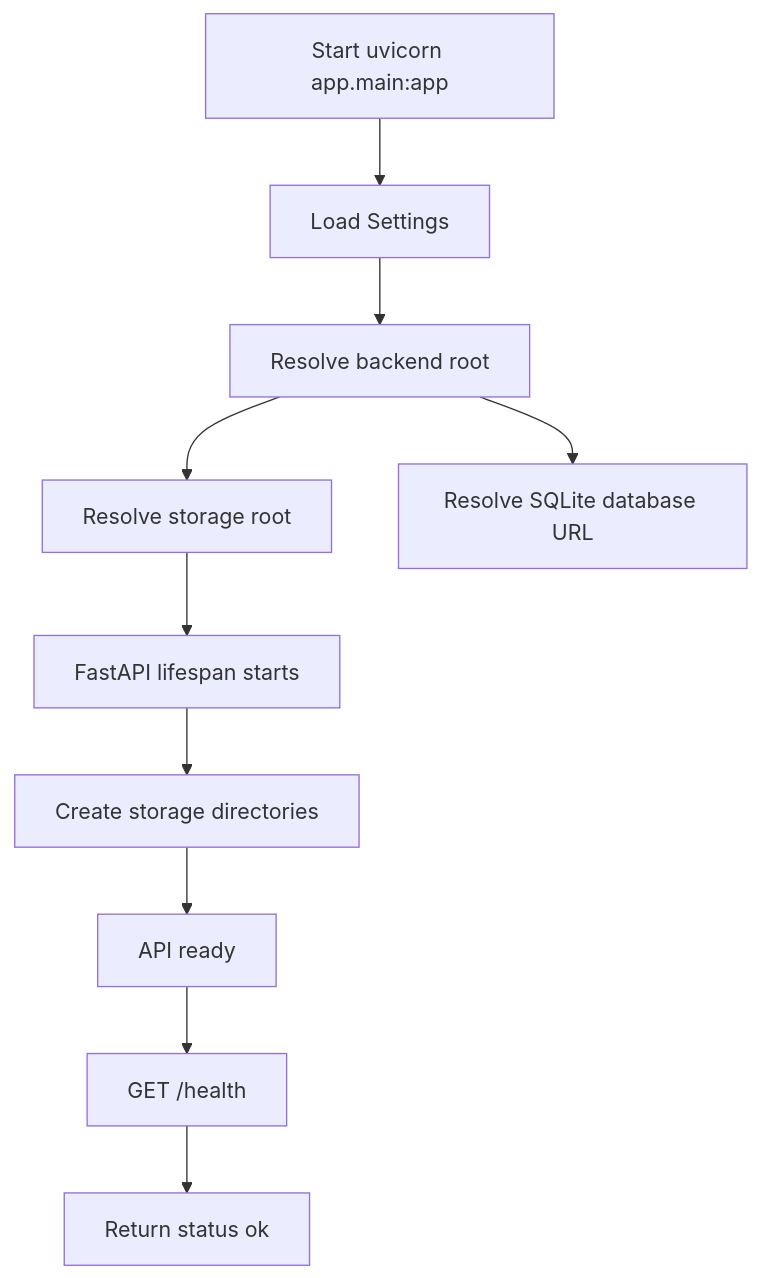
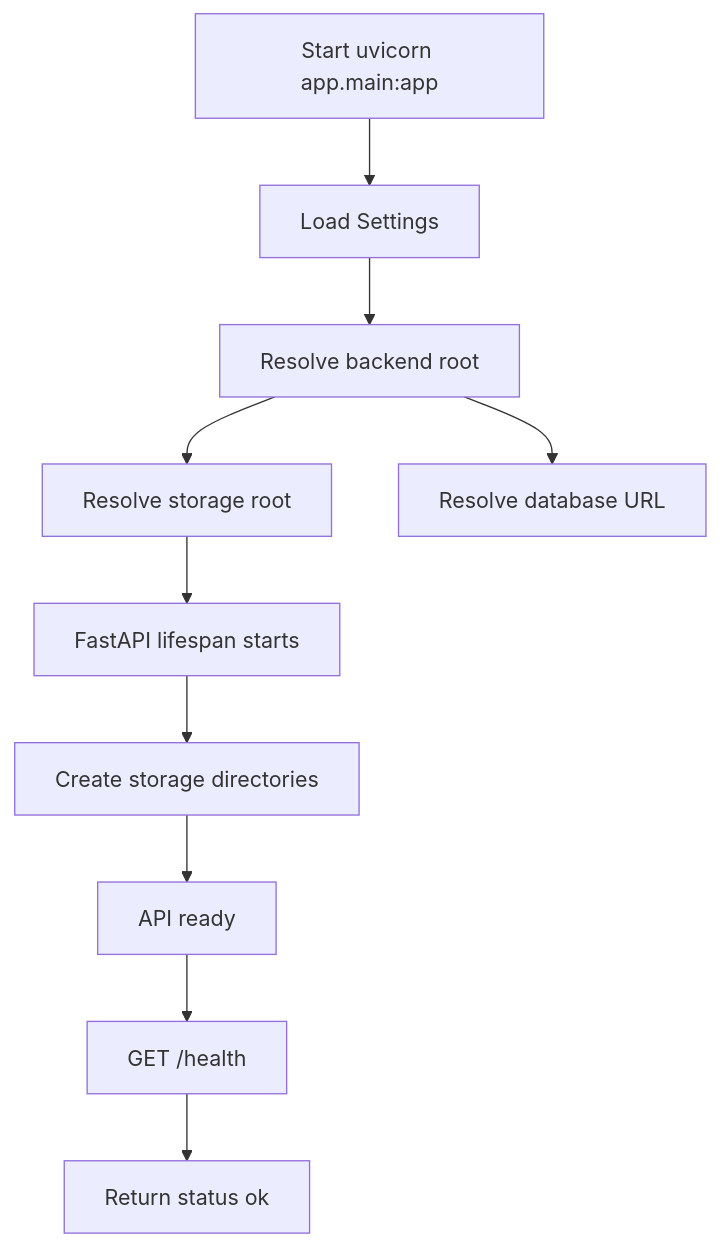
One commit to kiet-ta/ar-ai-exe changed the second of 12 diagrams in docs/implementation-flows.md. Above: the diagram before and after it, drawn with Mermaid. The commit also changed other lines of this file and 16 other files, not shown here.

Commit message:
feat(database): add Neon Postgres flow docs and secure ignores

````diff
--- a/docs/implementation-flows.md
+++ b/docs/implementation-flows.md
@@ -37,12 +37,12 @@
 ```mermaid
 flowchart TD
     A["Start uvicorn app.main:app"] --> B["Load Settings"]
     B --> C["Resolve backend root"]
     C --> D["Resolve storage root"]
-    C --> E["Resolve SQLite database URL"]
+    C --> E["Resolve database URL"]
     D --> F["FastAPI lifespan starts"]
     F --> G["Create storage directories"]
     G --> H["API ready"]
     H --> I["GET /health"]
     I --> J["Return status ok"]
 ```
````
